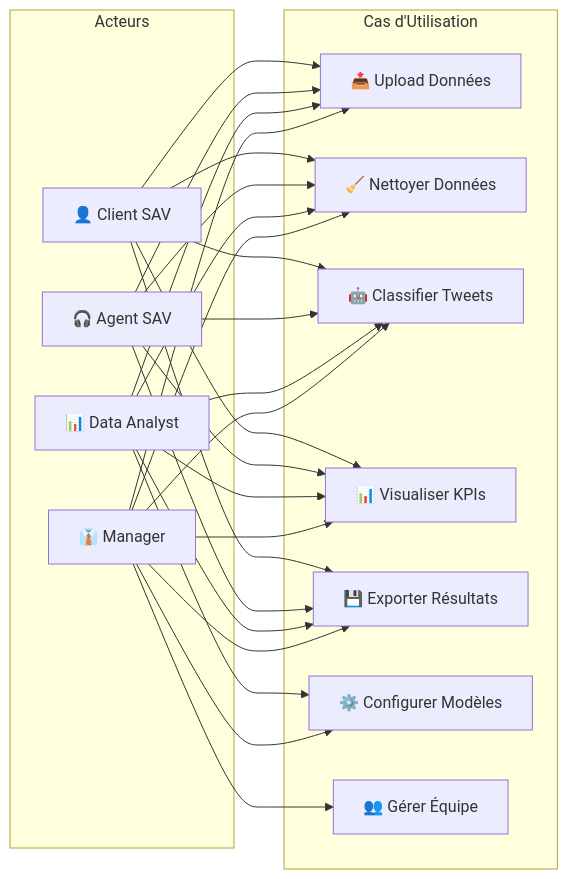
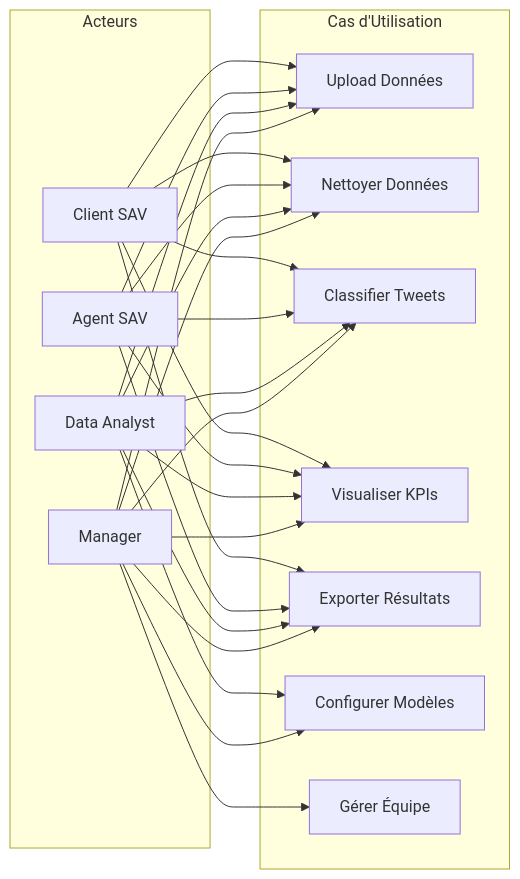
One commit to Archimedh-Anderson/FreeMobileApp changed the fourth of 4 diagrams in README.md. Above: the diagram before and after it, drawn with Mermaid. The commit also changed other lines of this file, not shown here.

````diff
--- a/README.md
+++ b/README.md
@@ -325,46 +325,46 @@
 ```mermaid
 graph LR
     subgraph "Acteurs"
-        Client[👤 Client SAV]
-        Agent[🎧 Agent SAV]
-        Analyst[📊 Data Analyst]
-        Manager[👔 Manager]
+        Client[Client SAV]
+        Agent[Agent SAV]
+        Analyst[Data Analyst]
+        Manager[Manager]
     end
     
     subgraph "Cas d'Utilisation"
-        UC1[📤 Upload Données]
-        UC2[🧹 Nettoyer Données]
-        UC3[🤖 Classifier Tweets]
-        UC4[📊 Visualiser KPIs]
-        UC5[💾 Exporter Résultats]
-        UC6[⚙️ Configurer Modèles]
-        UC7[👥 Gérer Équipe]
+        UC1[Upload Données]
+        UC2[Nettoyer Données]
+        UC3[Classifier Tweets]
+        UC4[Visualiser KPIs]
+        UC5[Exporter Résultats]
+        UC6[Configurer Modèles]
+        UC7[Gérer Équipe]
     end
     
     Client --> UC1
     Client --> UC2
     Client --> UC3
     Client --> UC4
     Client --> UC5
     
     Agent --> UC1
     Agent --> UC2
     Agent --> UC3
     Agent --> UC4
     Agent --> UC5
     
     Analyst --> UC1
     Analyst --> UC2
     Analyst --> UC3
     Analyst --> UC4
     Analyst --> UC5
     Analyst --> UC6
     
     Manager --> UC1
     Manager --> UC2
     Manager --> UC3
     Manager --> UC4
     Manager --> UC5
     Manager --> UC6
     Manager --> UC7
 ```
````
